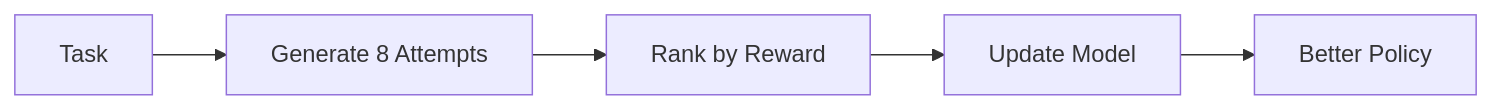
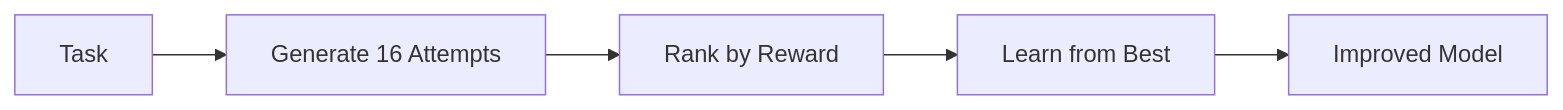
The diagram in docs/train-agents/rl-quickstart.mdx (shfunc/hud-python), drawn with Mermaid before and after one commit. The commit also changed other lines of this file and 3 other files, not shown here.

````diff
--- a/docs/train-agents/rl-quickstart.mdx
+++ b/docs/train-agents/rl-quickstart.mdx
@@ -231,7 +54,7 @@
 ```mermaid
 graph LR
-    A[Task] --> B[Generate 8 Attempts]
+    A[Task] --> B[Generate 16 Attempts]
     B --> C[Rank by Reward]
-    C --> D[Update Model]
-    D --> E[Better Policy]
+    C --> D[Learn from Best]
+    D --> E[Improved Model]
 ```
````
